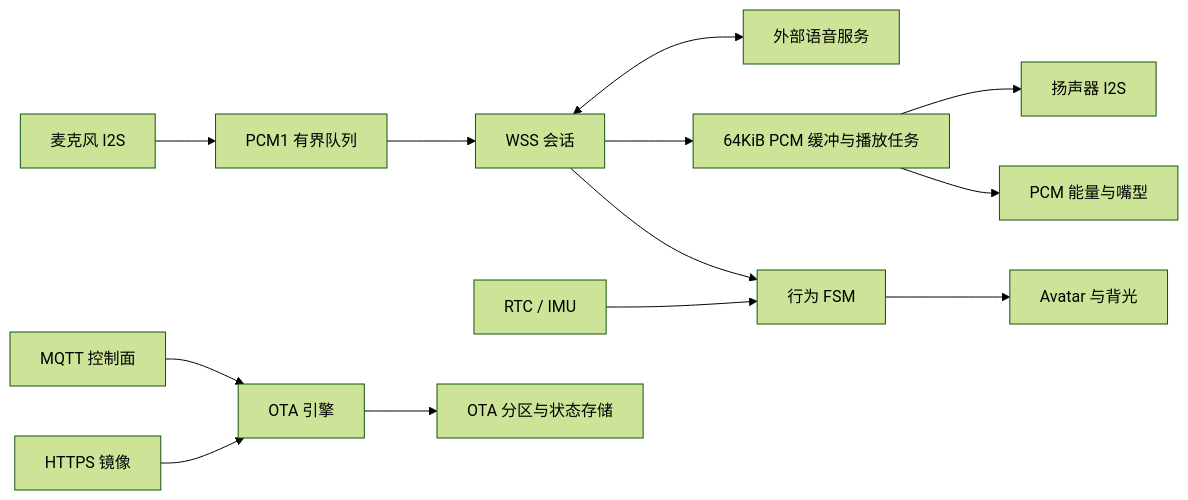
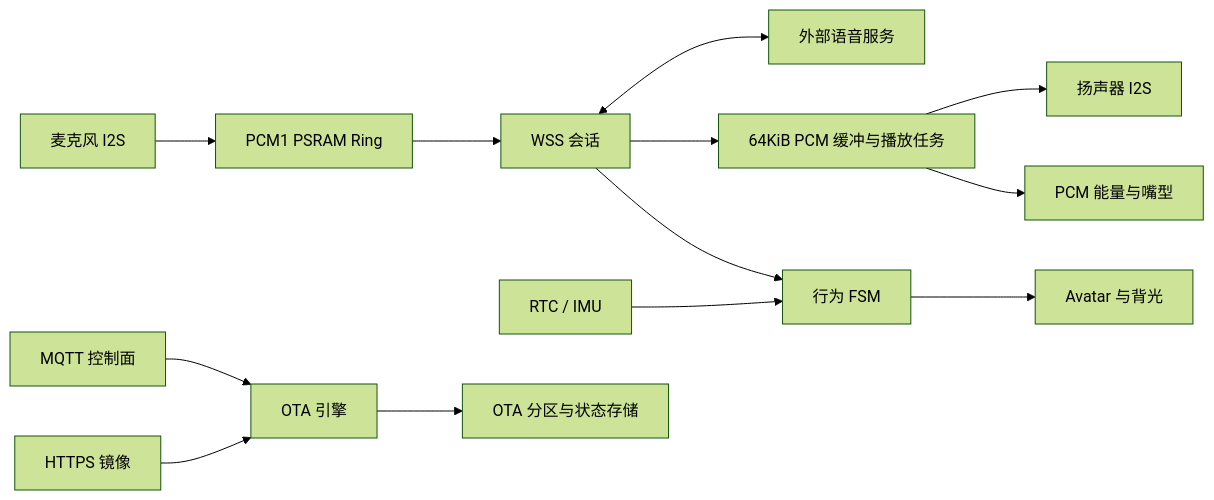
One commit to szzzzy/julia_ai_terminal_sample_version changed the diagram in README.md. Above: the diagram before and after it, drawn with Mermaid (forest theme). The commit also changed 13 other files, not shown here.

Commit message:
feat(voice): add generation-scoped PSRAM uplink ring

````diff
--- a/README.md
+++ b/README.md
@@ -101,15 +101,15 @@
 ```mermaid
 flowchart LR
-    MIC[麦克风 I2S] --> PCM[PCM1 有界队列]
+    MIC[麦克风 I2S] --> PCM[PCM1 PSRAM Ring]
     PCM --> WSS[WSS 会话]
     WSS <--> SERVER[外部语音服务]
     WSS --> PLAY[64KiB PCM 缓冲与播放任务]
     PLAY --> SPK[扬声器 I2S]
     WSS --> FSM[行为 FSM]
     PLAY --> MOUTH[PCM 能量与嘴型]
     FSM --> UI[Avatar 与背光]
     RTC[RTC / IMU] --> FSM
     MQTT[MQTT 控制面] --> OTA[OTA 引擎]
     HTTPS[HTTPS 镜像] --> OTA
     OTA --> FLASH[OTA 分区与状态存储]
 ```
````
